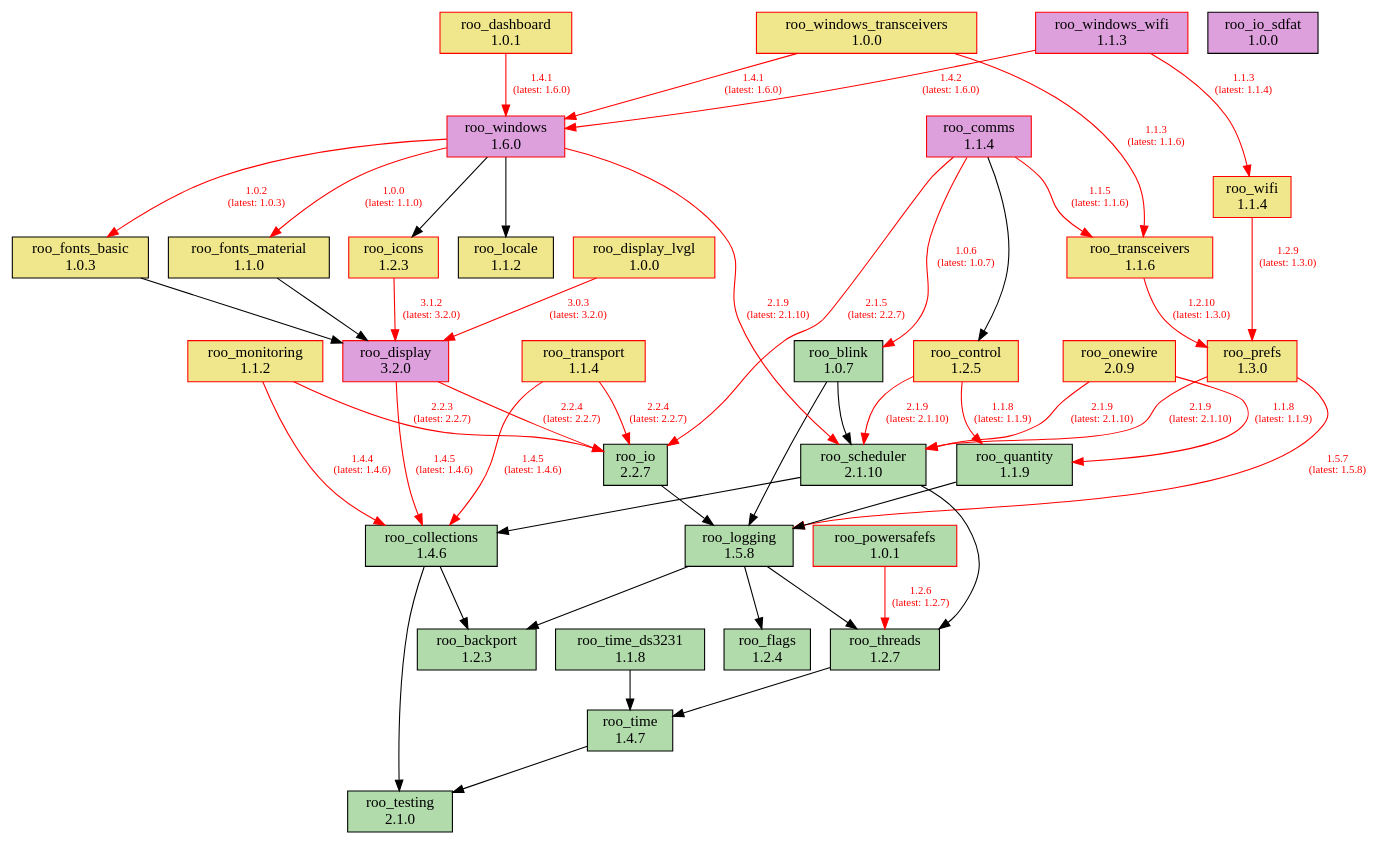
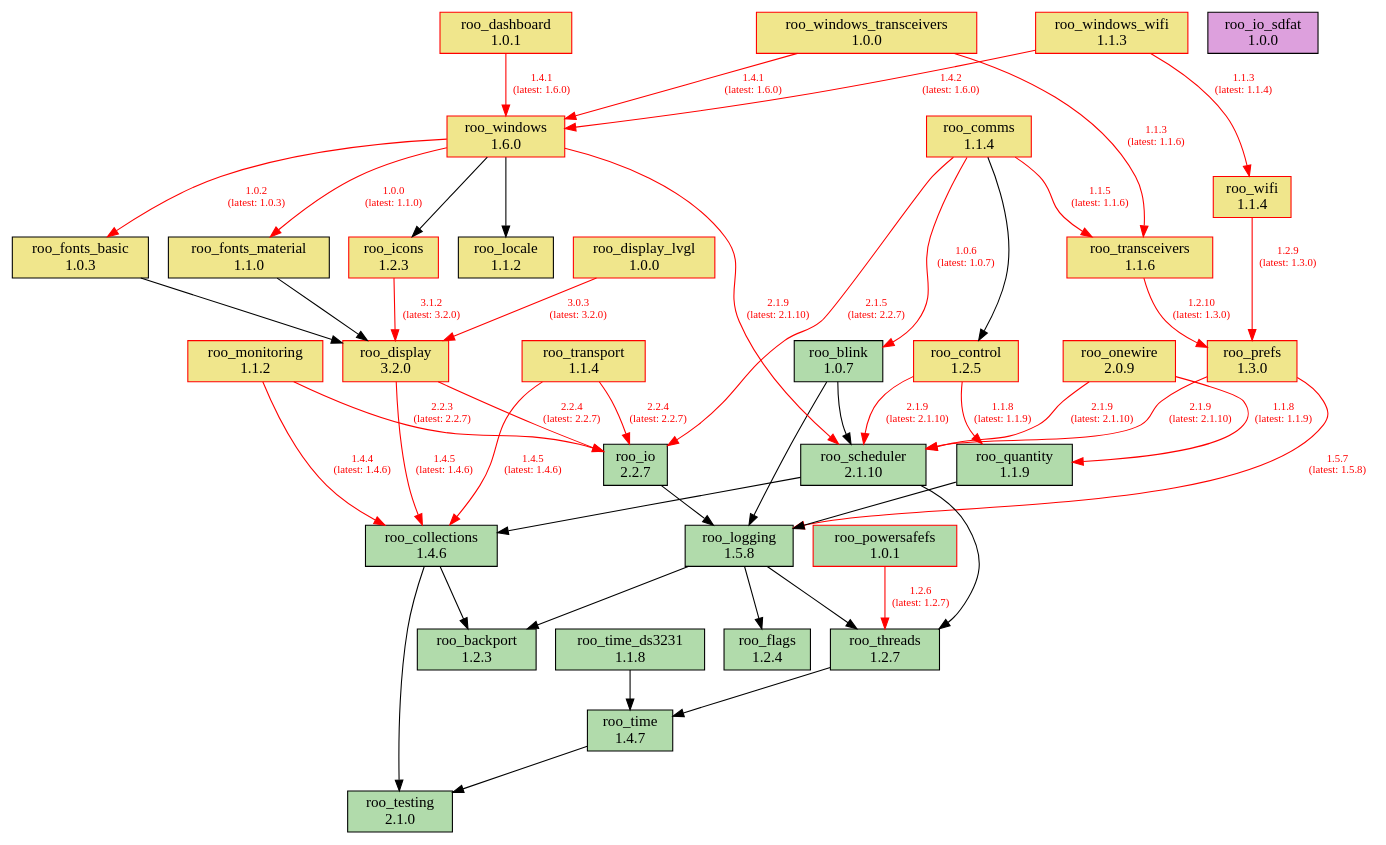
The diagram in doc/dependencies.dot (dejwk/roo-registry), drawn with Graphviz before and after one commit. The commit also changed 1 other file, not shown here.

Commit message:
Updated dependency graph.

```diff
--- a/doc/dependencies.dot
+++ b/doc/dependencies.dot
@@ -1,88 +1,88 @@
 digraph dependencies {
     rankdir=TB;
     node [shape=box, style=filled];
     edge [fontsize=10];
 
     // Modules
     "roo_backport" [label="roo_backport\n1.2.3", fillcolor="#b1dbab", color="black"];
     "roo_blink" [label="roo_blink\n1.0.7", fillcolor="#b1dbab", color="black"];
     "roo_collections" [label="roo_collections\n1.4.6", fillcolor="#b1dbab", color="black"];
-    "roo_comms" [label="roo_comms\n1.1.4", fillcolor="plum", color="red"];
+    "roo_comms" [label="roo_comms\n1.1.4", fillcolor="khaki", color="red"];
     "roo_control" [label="roo_control\n1.2.5", fillcolor="khaki", color="red"];
     "roo_dashboard" [label="roo_dashboard\n1.0.1", fillcolor="khaki", color="red"];
-    "roo_display" [label="roo_display\n3.2.0", fillcolor="plum", color="red"];
+    "roo_display" [label="roo_display\n3.2.0", fillcolor="khaki", color="red"];
     "roo_display_lvgl" [label="roo_display_lvgl\n1.0.0", fillcolor="khaki", color="red"];
     "roo_flags" [label="roo_flags\n1.2.4", fillcolor="#b1dbab", color="black"];
     "roo_fonts_basic" [label="roo_fonts_basic\n1.0.3", fillcolor="khaki", color="black"];
     "roo_fonts_material" [label="roo_fonts_material\n1.1.0", fillcolor="khaki", color="black"];
     "roo_icons" [label="roo_icons\n1.2.3", fillcolor="khaki", color="red"];
     "roo_io" [label="roo_io\n2.2.7", fillcolor="#b1dbab", color="black"];
     "roo_io_sdfat" [label="roo_io_sdfat\n1.0.0", fillcolor="plum", color="black"];
     "roo_locale" [label="roo_locale\n1.1.2", fillcolor="khaki", color="black"];
     "roo_logging" [label="roo_logging\n1.5.8", fillcolor="#b1dbab", color="black"];
     "roo_monitoring" [label="roo_monitoring\n1.1.2", fillcolor="khaki", color="red"];
     "roo_onewire" [label="roo_onewire\n2.0.9", fillcolor="khaki", color="red"];
     "roo_powersafefs" [label="roo_powersafefs\n1.0.1", fillcolor="#b1dbab", color="red"];
     "roo_prefs" [label="roo_prefs\n1.3.0", fillcolor="khaki", color="red"];
     "roo_quantity" [label="roo_quantity\n1.1.9", fillcolor="#b1dbab", color="black"];
     "roo_scheduler" [label="roo_scheduler\n2.1.10", fillcolor="#b1dbab", color="black"];
     "roo_testing" [label="roo_testing\n2.1.0", fillcolor="#b1dbab", color="black"];
     "roo_threads" [label="roo_threads\n1.2.7", fillcolor="#b1dbab", color="black"];
     "roo_time" [label="roo_time\n1.4.7", fillcolor="#b1dbab", color="black"];
     "roo_time_ds3231" [label="roo_time_ds3231\n1.1.8", fillcolor="#b1dbab", color="black"];
     "roo_transceivers" [label="roo_transceivers\n1.1.6", fillcolor="khaki", color="red"];
     "roo_transport" [label="roo_transport\n1.1.4", fillcolor="khaki", color="red"];
     "roo_wifi" [label="roo_wifi\n1.1.4", fillcolor="khaki", color="red"];
-    "roo_windows" [label="roo_windows\n1.6.0", fillcolor="plum", color="red"];
+    "roo_windows" [label="roo_windows\n1.6.0", fillcolor="khaki", color="red"];
     "roo_windows_transceivers" [label="roo_windows_transceivers\n1.0.0", fillcolor="khaki", color="red"];
-    "roo_windows_wifi" [label="roo_windows_wifi\n1.1.3", fillcolor="plum", color="red"];
+    "roo_windows_wifi" [label="roo_windows_wifi\n1.1.3", fillcolor="khaki", color="red"];
 
     // Dependencies
     "roo_blink" -> "roo_logging";
     "roo_blink" -> "roo_scheduler";
     "roo_collections" -> "roo_testing";
     "roo_collections" -> "roo_backport";
     "roo_comms" -> "roo_blink" [color=red, fontcolor=red, label="1.0.6\n(latest: 1.0.7)"];
     "roo_comms" -> "roo_control";
     "roo_comms" -> "roo_io" [color=red, fontcolor=red, label="2.1.5\n(latest: 2.2.7)"];
     "roo_comms" -> "roo_transceivers" [color=red, fontcolor=red, label="1.1.5\n(latest: 1.1.6)"];
     "roo_control" -> "roo_quantity" [color=red, fontcolor=red, label="1.1.8\n(latest: 1.1.9)"];
     "roo_control" -> "roo_scheduler" [color=red, fontcolor=red, label="2.1.9\n(latest: 2.1.10)"];
     "roo_dashboard" -> "roo_windows" [color=red, fontcolor=red, label="1.4.1\n(latest: 1.6.0)"];
     "roo_display" -> "roo_collections" [color=red, fontcolor=red, label="1.4.5\n(latest: 1.4.6)"];
     "roo_display" -> "roo_io" [color=red, fontcolor=red, label="2.2.4\n(latest: 2.2.7)"];
     "roo_display_lvgl" -> "roo_display" [color=red, fontcolor=red, label="3.0.3\n(latest: 3.2.0)"];
     "roo_fonts_basic" -> "roo_display";
     "roo_fonts_material" -> "roo_display";
     "roo_icons" -> "roo_display" [color=red, fontcolor=red, label="3.1.2\n(latest: 3.2.0)"];
     "roo_io" -> "roo_logging";
     "roo_logging" -> "roo_backport";
     "roo_logging" -> "roo_flags";
     "roo_logging" -> "roo_threads";
     "roo_monitoring" -> "roo_collections" [color=red, fontcolor=red, label="1.4.4\n(latest: 1.4.6)"];
     "roo_monitoring" -> "roo_io" [color=red, fontcolor=red, label="2.2.3\n(latest: 2.2.7)"];
     "roo_onewire" -> "roo_scheduler" [color=red, fontcolor=red, label="2.1.9\n(latest: 2.1.10)"];
     "roo_onewire" -> "roo_quantity" [color=red, fontcolor=red, label="1.1.8\n(latest: 1.1.9)"];
     "roo_powersafefs" -> "roo_threads" [color=red, fontcolor=red, label="1.2.6\n(latest: 1.2.7)"];
     "roo_prefs" -> "roo_logging" [color=red, fontcolor=red, label="1.5.7\n(latest: 1.5.8)"];
     "roo_prefs" -> "roo_scheduler" [color=red, fontcolor=red, label="2.1.9\n(latest: 2.1.10)"];
     "roo_quantity" -> "roo_logging";
     "roo_scheduler" -> "roo_collections";
     "roo_scheduler" -> "roo_threads";
     "roo_threads" -> "roo_time";
     "roo_time" -> "roo_testing";
     "roo_time_ds3231" -> "roo_time";
     "roo_transceivers" -> "roo_prefs" [color=red, fontcolor=red, label="1.2.10\n(latest: 1.3.0)"];
     "roo_transport" -> "roo_collections" [color=red, fontcolor=red, label="1.4.5\n(latest: 1.4.6)"];
     "roo_transport" -> "roo_io" [color=red, fontcolor=red, label="2.2.4\n(latest: 2.2.7)"];
     "roo_wifi" -> "roo_prefs" [color=red, fontcolor=red, label="1.2.9\n(latest: 1.3.0)"];
     "roo_windows" -> "roo_fonts_basic" [color=red, fontcolor=red, label="1.0.2\n(latest: 1.0.3)"];
     "roo_windows" -> "roo_fonts_material" [color=red, fontcolor=red, label="1.0.0\n(latest: 1.1.0)"];
     "roo_windows" -> "roo_locale";
     "roo_windows" -> "roo_icons";
     "roo_windows" -> "roo_scheduler" [color=red, fontcolor=red, label="2.1.9\n(latest: 2.1.10)"];
     "roo_windows_transceivers" -> "roo_transceivers" [color=red, fontcolor=red, label="1.1.3\n(latest: 1.1.6)"];
     "roo_windows_transceivers" -> "roo_windows" [color=red, fontcolor=red, label="1.4.1\n(latest: 1.6.0)"];
     "roo_windows_wifi" -> "roo_wifi" [color=red, fontcolor=red, label="1.1.3\n(latest: 1.1.4)"];
     "roo_windows_wifi" -> "roo_windows" [color=red, fontcolor=red, label="1.4.2\n(latest: 1.6.0)"];
 }
```
